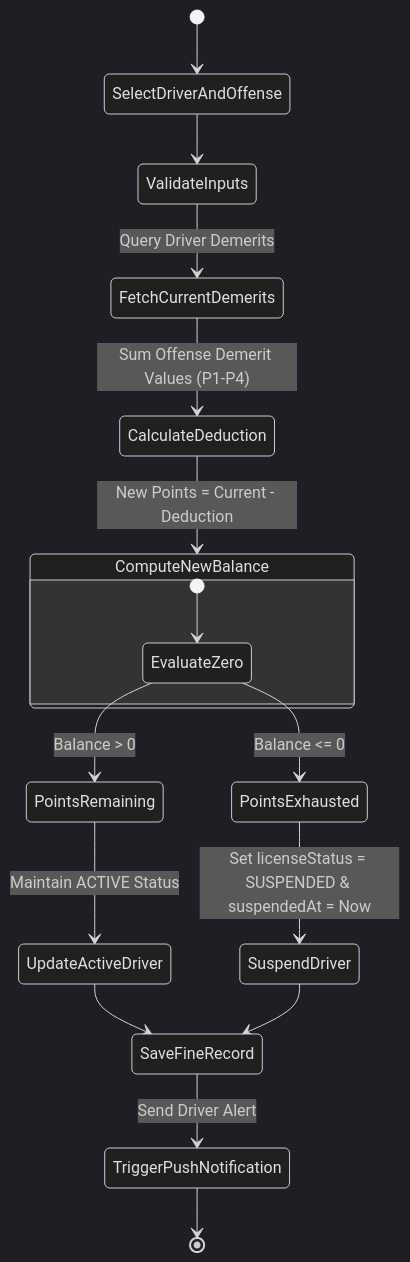
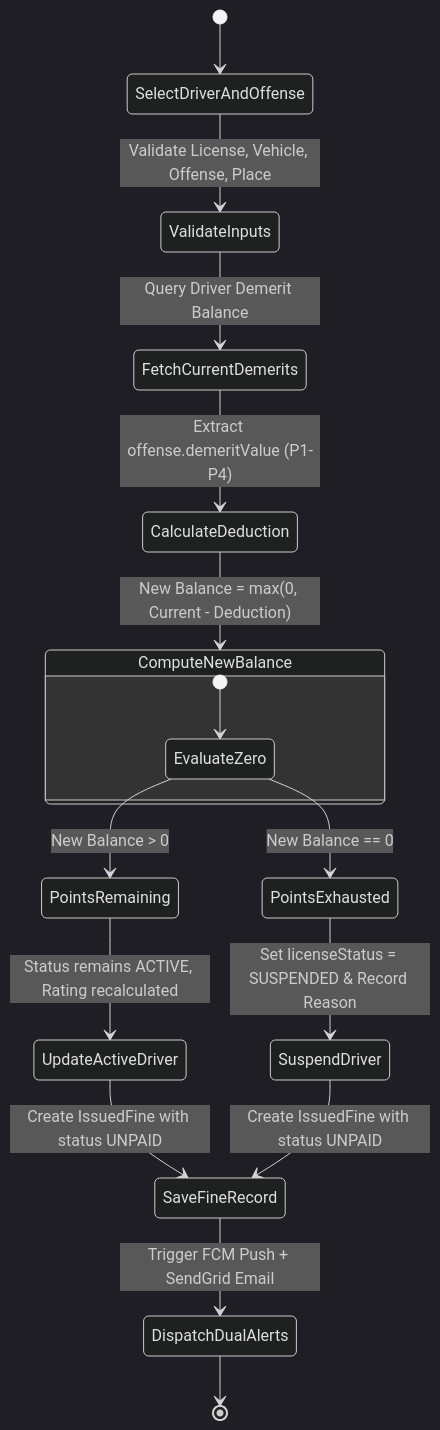
One commit to e-fine-sl/e-fine-sl-traffic-management changed diagram 11 of 15 in README.md. Above: the diagram before and after it, drawn with Mermaid (dark theme). The commit also changed other lines of this file, not shown here.

Commit message:
docs(architecture): update system design diagrams, use case specifications, class diagrams, sequence flows, activity flows, wireframes, and database ERD schemas to match live implementation

````diff
--- a/README.md
+++ b/README.md
@@ -595,25 +648,25 @@
 ```mermaid
 stateDiagram-v2
     [*] --> SelectDriverAndOffense
-    SelectDriverAndOffense --> ValidateInputs
-    ValidateInputs --> FetchCurrentDemerits: Query Driver Demerits
-    FetchCurrentDemerits --> CalculateDeduction: Sum Offense Demerit Values (P1-P4)
+    SelectDriverAndOffense --> ValidateInputs: Validate License, Vehicle, Offense, Place
+    ValidateInputs --> FetchCurrentDemerits: Query Driver Demerit Balance
+    FetchCurrentDemerits --> CalculateDeduction: Extract offense.demeritValue (P1-P4)
 
-    CalculateDeduction --> ComputeNewBalance: New Points = Current - Deduction
+    CalculateDeduction --> ComputeNewBalance: New Balance = max(0, Current - Deduction)
     
     state ComputeNewBalance {
         [*] --> EvaluateZero
     }
 
-    EvaluateZero --> PointsRemaining: Balance > 0
-    EvaluateZero --> PointsExhausted: Balance <= 0
+    EvaluateZero --> PointsRemaining: New Balance > 0
+    EvaluateZero --> PointsExhausted: New Balance == 0
 
-    PointsRemaining --> UpdateActiveDriver: Maintain ACTIVE Status
-    PointsExhausted --> SuspendDriver: Set licenseStatus = SUSPENDED & suspendedAt = Now
+    PointsRemaining --> UpdateActiveDriver: Status remains ACTIVE, Rating recalculated
+    PointsExhausted --> SuspendDriver: Set licenseStatus = SUSPENDED & Record Reason
 
-    UpdateActiveDriver --> SaveFineRecord
-    SuspendDriver --> SaveFineRecord
+    UpdateActiveDriver --> SaveFineRecord: Create IssuedFine with status UNPAID
+    SuspendDriver --> SaveFineRecord: Create IssuedFine with status UNPAID
 
-    SaveFineRecord --> TriggerPushNotification: Send Driver Alert
-    TriggerPushNotification --> [*]
+    SaveFineRecord --> DispatchDualAlerts: Trigger FCM Push + SendGrid Email
+    DispatchDualAlerts --> [*]
 ```
````
